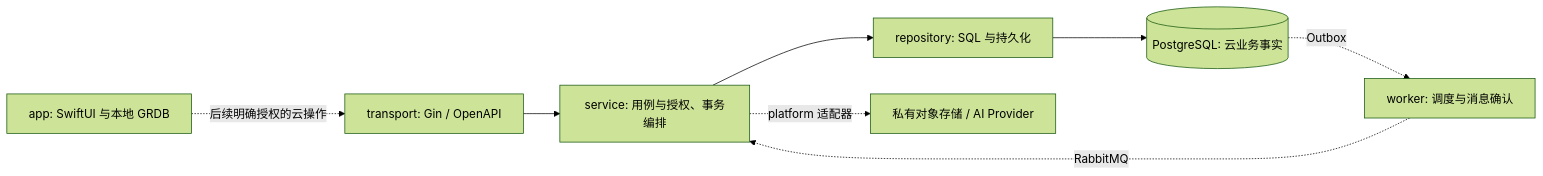
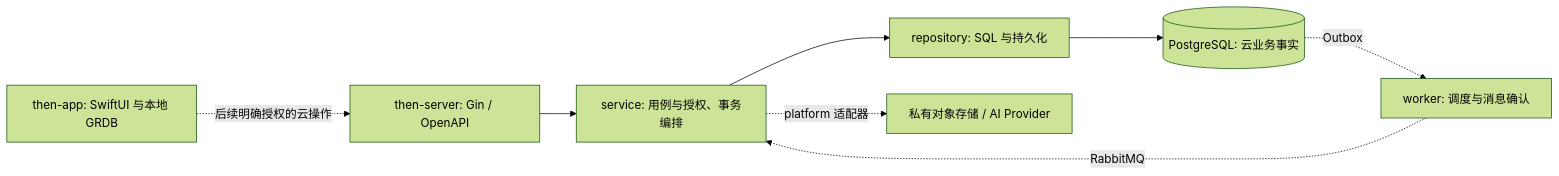
Before and after one commit to StephenQiu30/then-server: the diagram in docs/design/02-后端架构.md, drawn with Mermaid (forest theme). The commit also changed other lines of this file and 142 other files, not shown here.

````diff
--- a/docs/design/02-后端架构.md
+++ b/docs/design/02-后端架构.md
@@ -106,10 +118,10 @@
 ```mermaid
 flowchart LR
-    App[app: SwiftUI 与本地 GRDB] -. 后续明确授权的云操作 .-> HTTP[transport: Gin / OpenAPI]
+    App[then-app: SwiftUI 与本地 GRDB] -. 后续明确授权的云操作 .-> HTTP[then-server: Gin / OpenAPI]
     HTTP --> UseCase[service: 用例与授权、事务编排]
     UseCase --> Repo[repository: SQL 与持久化]
     Repo --> PG[(PostgreSQL: 云业务事实)]
     PG -. Outbox .-> Worker[worker: 调度与消息确认]
     Worker -. RabbitMQ .-> UseCase
     UseCase -. platform 适配器 .-> External[私有对象存储 / AI Provider]
 ```
````
